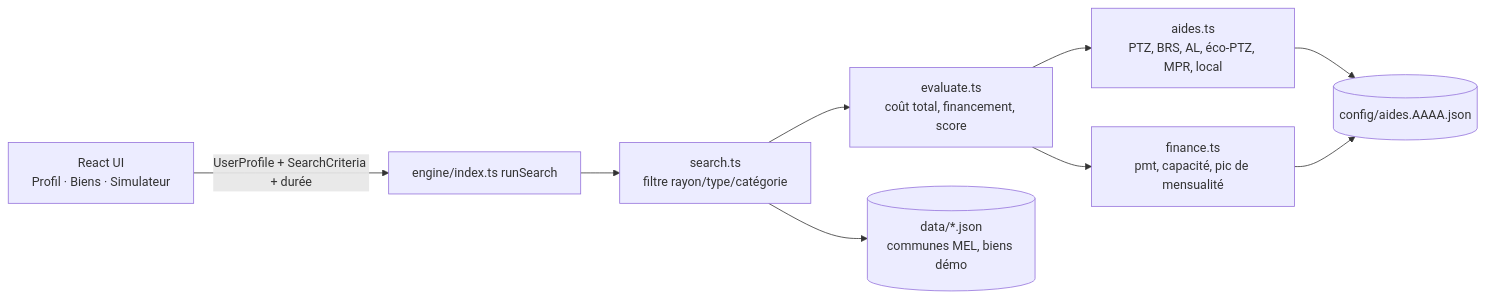
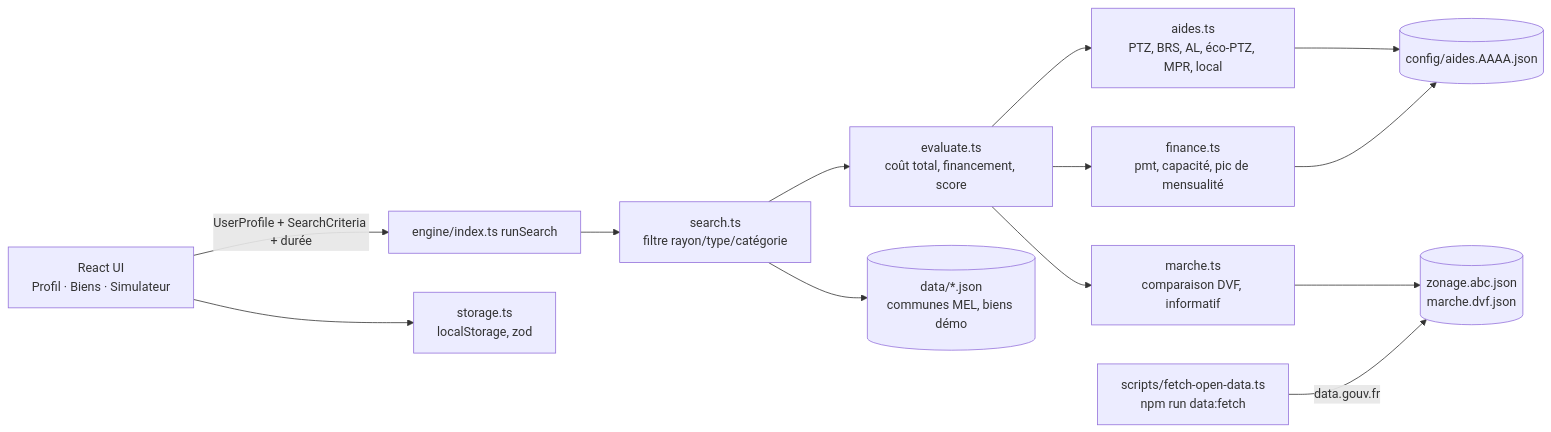
The diagram in ARCHITECTURE.md (MiniDesk1BM/ImmoNow), drawn with Mermaid before and after one commit. The commit also changed other lines of this file and 33 other files, not shown here.

Commit message:
Sauvegarde locale, tri, favoris et comparaison; zonage ABC (INSEE) et DVF reels dans le detail des biens

````diff
--- a/ARCHITECTURE.md
+++ b/ARCHITECTURE.md
@@ -5,11 +5,15 @@
 ```mermaid
 flowchart LR
   UI[React UI<br/>Profil · Biens · Simulateur] -->|UserProfile + SearchCriteria + durée| E[engine/index.ts runSearch]
   E --> S[search.ts<br/>filtre rayon/type/catégorie]
   S --> V[evaluate.ts<br/>coût total, financement, score]
   V --> A[aides.ts<br/>PTZ, BRS, AL, éco-PTZ, MPR, local]
   V --> F[finance.ts<br/>pmt, capacité, pic de mensualité]
   A --> R[(config/aides.AAAA.json)]
   F --> R
   S --> D[(data/*.json<br/>communes MEL, biens démo)]
+  V --> M[marche.ts<br/>comparaison DVF, informatif]
+  M --> O[(zonage.abc.json<br/>marche.dvf.json)]
+  ETL[scripts/fetch-open-data.ts<br/>npm run data:fetch] -->|data.gouv.fr| O
+  UI --> ST[storage.ts<br/>localStorage, zod]
 ```
````
